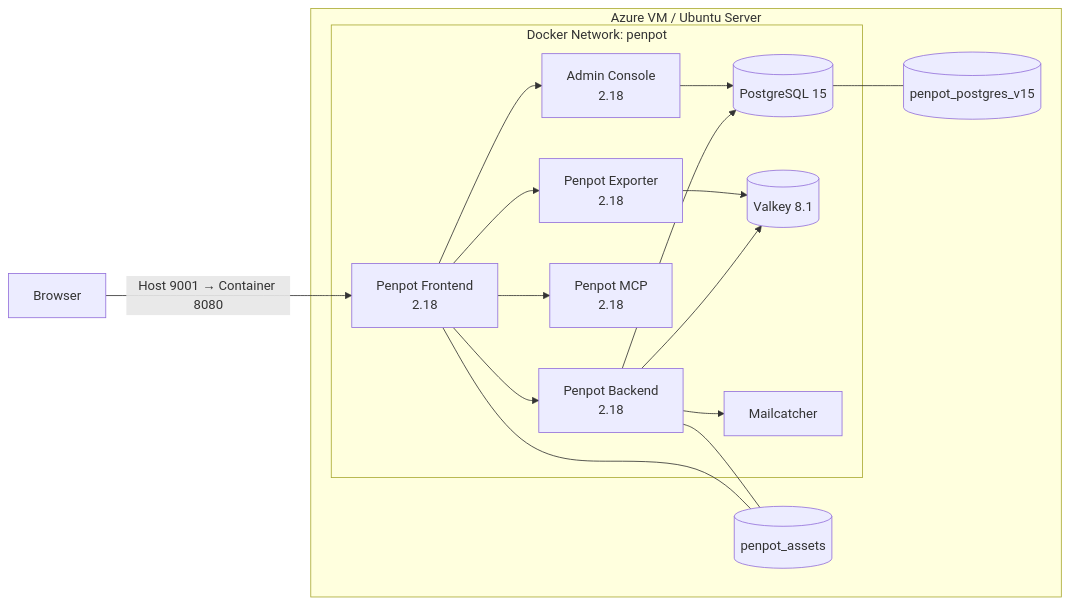
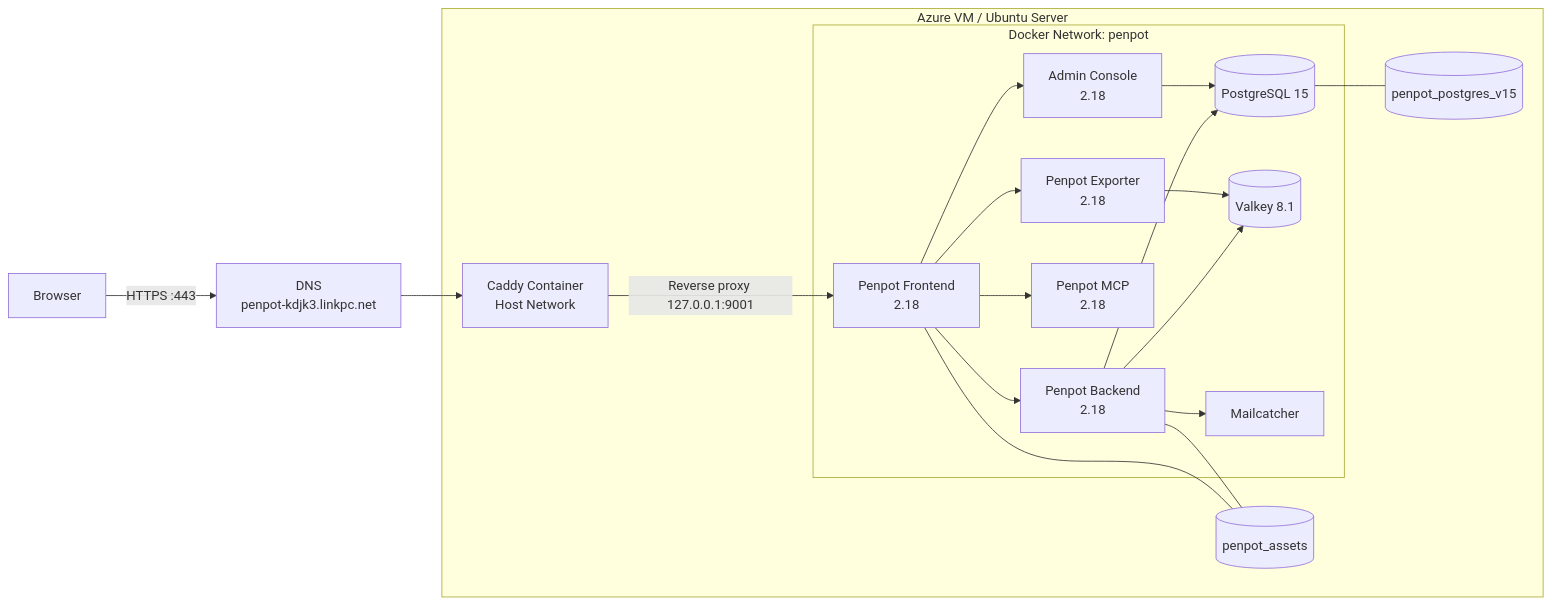
The second of 5 diagrams in docs/report.md (nvrzqy/penpot), drawn with Mermaid before and after one commit. The commit also changed other lines of this file and 4 other files, not shown here.

Commit message:
docs: document DNS Caddy and HTTPS deployment

````diff
--- a/docs/report.md
+++ b/docs/report.md
@@ -212,34 +232,39 @@
 ```mermaid
 flowchart LR
     browser[Browser]
+    dns[DNS<br/>penpot-kdjk3.linkpc.net]
 
     subgraph host[Azure VM / Ubuntu Server]
+        caddy[Caddy Container<br/>Host Network]
+
         subgraph network[Docker Network: penpot]
             frontend[Penpot Frontend<br/>2.18]
             backend[Penpot Backend<br/>2.18]
             admin[Admin Console<br/>2.18]
             mcp[Penpot MCP<br/>2.18]
             exporter[Penpot Exporter<br/>2.18]
             postgres[(PostgreSQL 15)]
             valkey[(Valkey 8.1)]
             mail[Mailcatcher]
         end
 
         assets[(penpot_assets)]
         dbdata[(penpot_postgres_v15)]
     end
 
-    browser -->|Host 9001 → Container 8080| frontend
+    browser -->|HTTPS :443| dns
+    dns --> caddy
+    caddy -->|Reverse proxy 127.0.0.1:9001| frontend
     frontend --> backend
     frontend --> admin
     frontend --> mcp
     frontend --> exporter
     backend --> postgres
     backend --> valkey
     backend --> mail
     admin --> postgres
     exporter --> valkey
     frontend --- assets
     backend --- assets
     postgres --- dbdata
 ```
````
